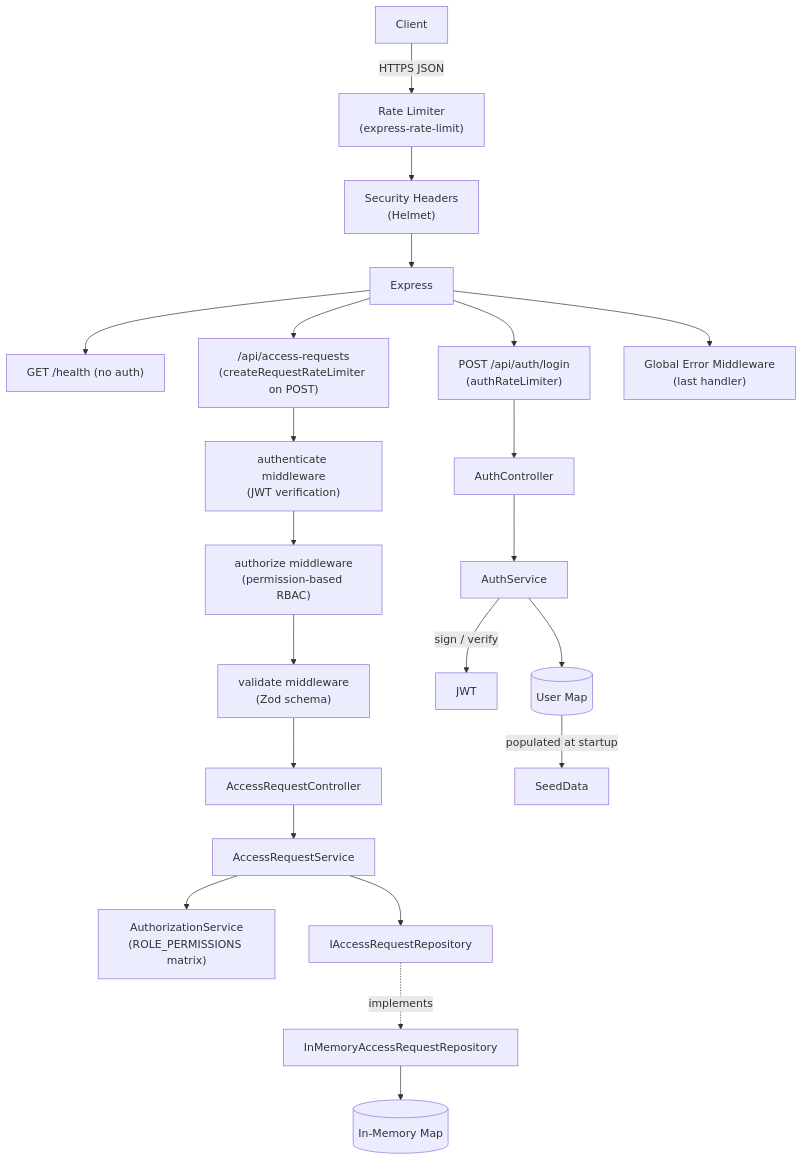
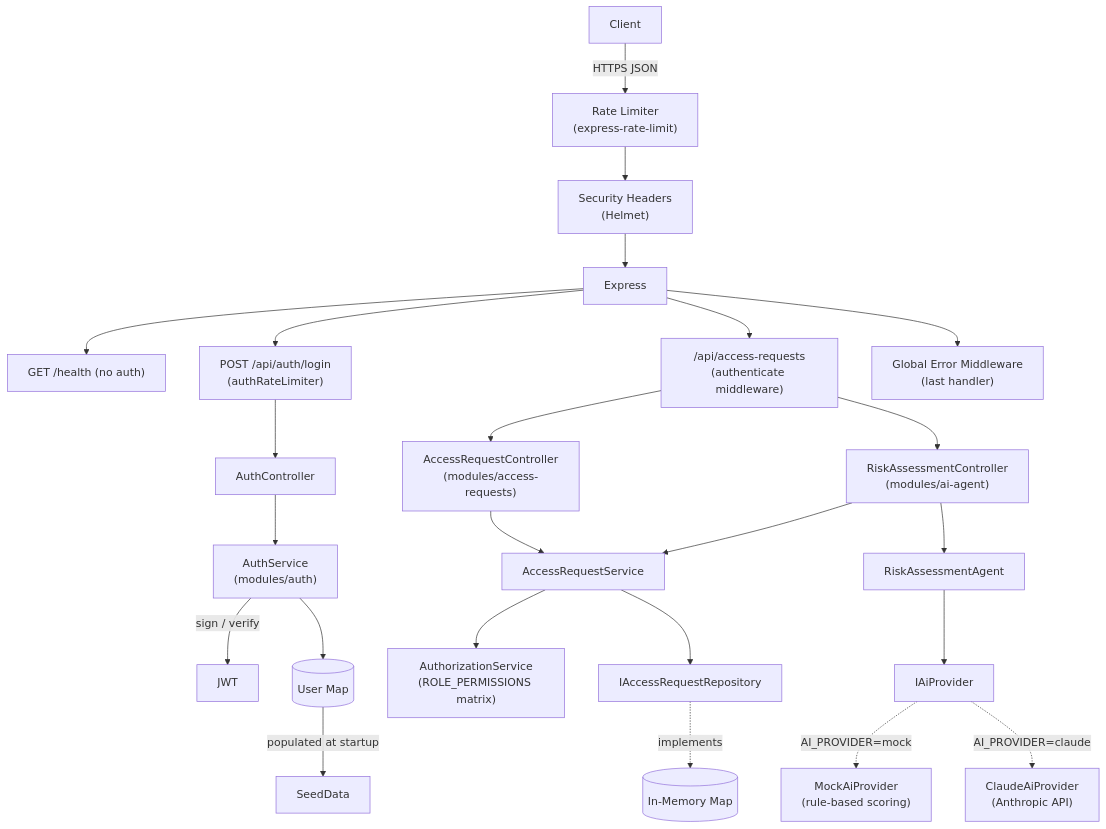
Before and after one commit to Noy-Meir/monday-access-service: the diagram in README.md, drawn with Mermaid. The commit also changed other lines of this file, not shown here.

````diff
--- a/README.md
+++ b/README.md
@@ -10,30 +10,32 @@
 ```mermaid
 graph TD
     Client -->|HTTPS JSON| RateLimit["Rate Limiter\n(express-rate-limit)"]
     RateLimit --> Helmet["Security Headers\n(Helmet)"]
     Helmet --> Express
 
     Express --> HealthCheck["GET /health (no auth)"]
     Express --> AuthRouter["POST /api/auth/login\n(authRateLimiter)"]
-    Express --> AccessRouter["/api/access-requests\n(createRequestRateLimiter on POST)"]
+    Express --> AccessRouter["/api/access-requests\n(authenticate middleware)"]
 
     AuthRouter --> AuthController
-    AuthController --> AuthService
-
-    AccessRouter --> authenticate["authenticate middleware\n(JWT verification)"]
-    authenticate --> authorize["authorize middleware\n(permission-based RBAC)"]
-    authorize --> validate["validate middleware\n(Zod schema)"]
-    validate --> AccessRequestController
-
-    AccessRequestController --> AccessRequestService
-    AccessRequestService --> AuthorizationService["AuthorizationService\n(ROLE_PERMISSIONS matrix)"]
-    AccessRequestService --> IAccessRequestRepository
-    IAccessRequestRepository -.->|implements| InMemoryAccessRequestRepository
-    InMemoryAccessRequestRepository --> Store[(In-Memory Map)]
-
+    AuthController --> AuthService["AuthService\n(modules/auth)"]
     AuthService -->|sign / verify| JWT
     AuthService --> UserMap[(User Map)]
     UserMap -->|populated at startup| SeedData
 
+    AccessRouter --> AccessController["AccessRequestController\n(modules/access-requests)"]
+    AccessRouter --> RiskController["RiskAssessmentController\n(modules/ai-agent)"]
+
+    AccessController --> AccessRequestService["AccessRequestService"]
+    AccessRequestService --> AuthorizationService["AuthorizationService\n(ROLE_PERMISSIONS matrix)"]
+    AccessRequestService --> IRepo["IAccessRequestRepository"]
+    IRepo -.->|implements| InMemoryRepo[(In-Memory Map)]
+
+    RiskController --> AccessRequestService
+    RiskController --> Agent["RiskAssessmentAgent"]
+    Agent --> IAiProvider["IAiProvider"]
+    IAiProvider -.->|AI_PROVIDER=mock| MockProvider["MockAiProvider\n(rule-based scoring)"]
+    IAiProvider -.->|AI_PROVIDER=claude| ClaudeProvider["ClaudeAiProvider\n(Anthropic API)"]
+
     Express --> ErrorMiddleware["Global Error Middleware\n(last handler)"]
 ```
````
